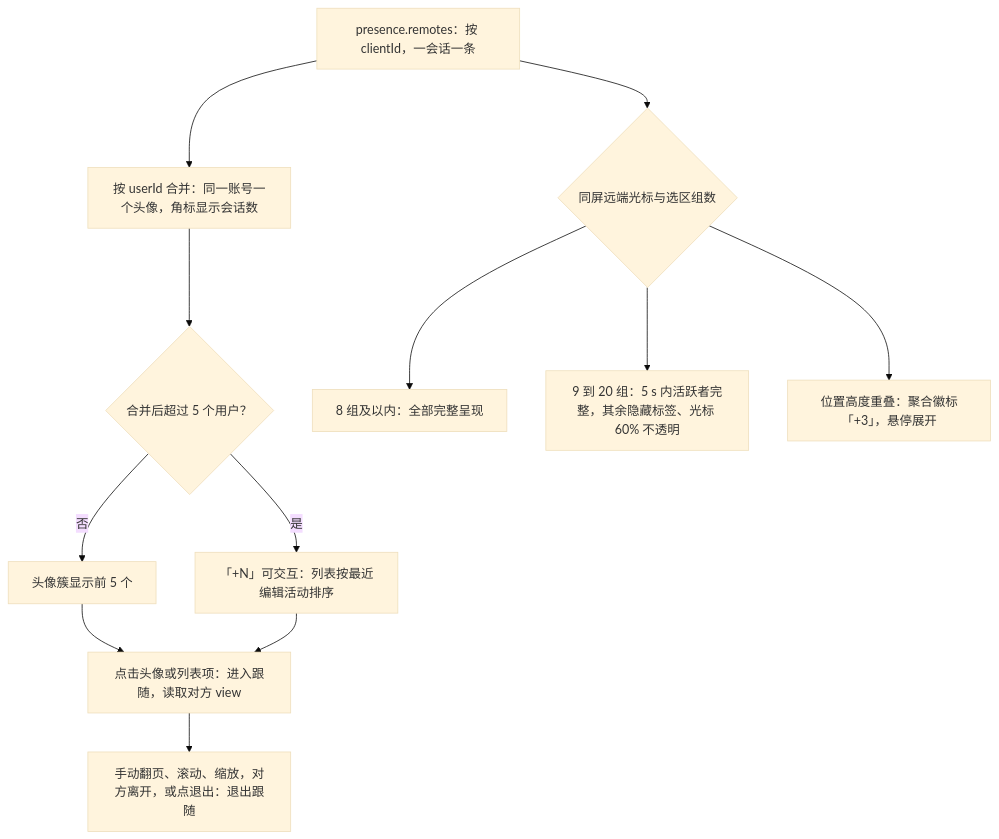
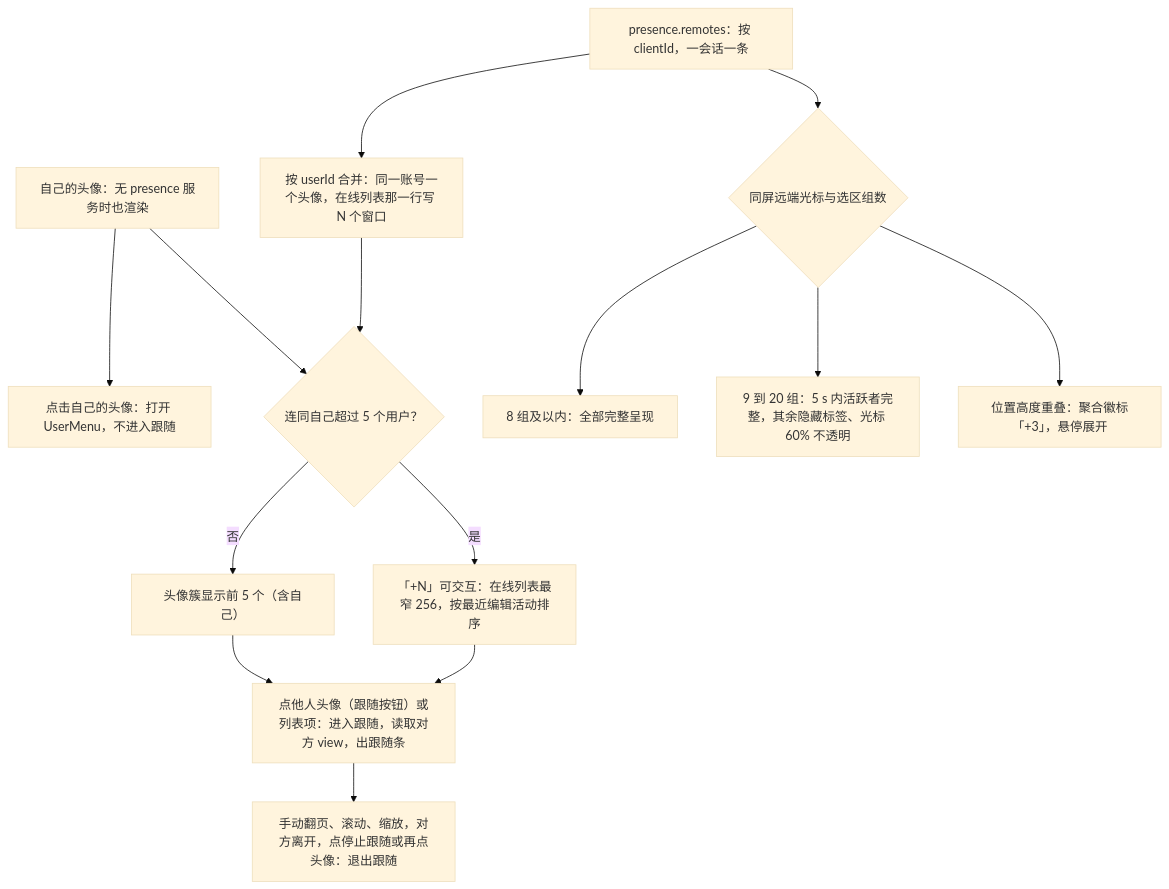
Before and after one commit to Xeonice/cordis-ppt-editor: diagram 13 of 14 in docs/50-frontend/07-collaboration-client.md, drawn with Mermaid (base theme). The commit also changed other lines of this file and 25 other files, not shown here.

````diff
--- a/docs/50-frontend/07-collaboration-client.md
+++ b/docs/50-frontend/07-collaboration-client.md
@@ -673,24 +687,28 @@
 ```mermaid
 flowchart TB
+  self["自己的头像：无 presence 服务时也渲染"]
+  menu["点击自己的头像：打开 UserMenu，不进入跟随"]
   aw["presence.remotes：按 clientId，一会话一条"]
-  merge["按 userId 合并：同一账号一个头像，角标显示会话数"]
-  many{"合并后超过 5 个用户？"}
-  stack["头像簇显示前 5 个"]
-  plus["「+N」可交互：列表按最近编辑活动排序"]
-  follow["点击头像或列表项：进入跟随，读取对方 view"]
-  exitF["手动翻页、滚动、缩放，对方离开，或点退出：退出跟随"]
+  merge["按 userId 合并：同一账号一个头像，在线列表那一行写 N 个窗口"]
+  many{"连同自己超过 5 个用户？"}
+  stack["头像簇显示前 5 个（含自己）"]
+  plus["「+N」可交互：在线列表最窄 256，按最近编辑活动排序"]
+  follow["点他人头像（跟随按钮）或列表项：进入跟随，读取对方 view，出跟随条"]
+  exitF["手动翻页、滚动、缩放，对方离开，点停止跟随或再点头像：退出跟随"]
   canvas{"同屏远端光标与选区组数"}
   full["8 组及以内：全部完整呈现"]
   dim["9 到 20 组：5 s 内活跃者完整，其余隐藏标签、光标 60% 不透明"]
   agg["位置高度重叠：聚合徽标「+3」，悬停展开"]
+  self --> many
+  self --> menu
   aw --> merge --> many
   many -- "否" --> stack
   many -- "是" --> plus
   stack --> follow
   plus --> follow
   follow --> exitF
   aw --> canvas
   canvas --> full
   canvas --> dim
   canvas --> agg
 ```
````
